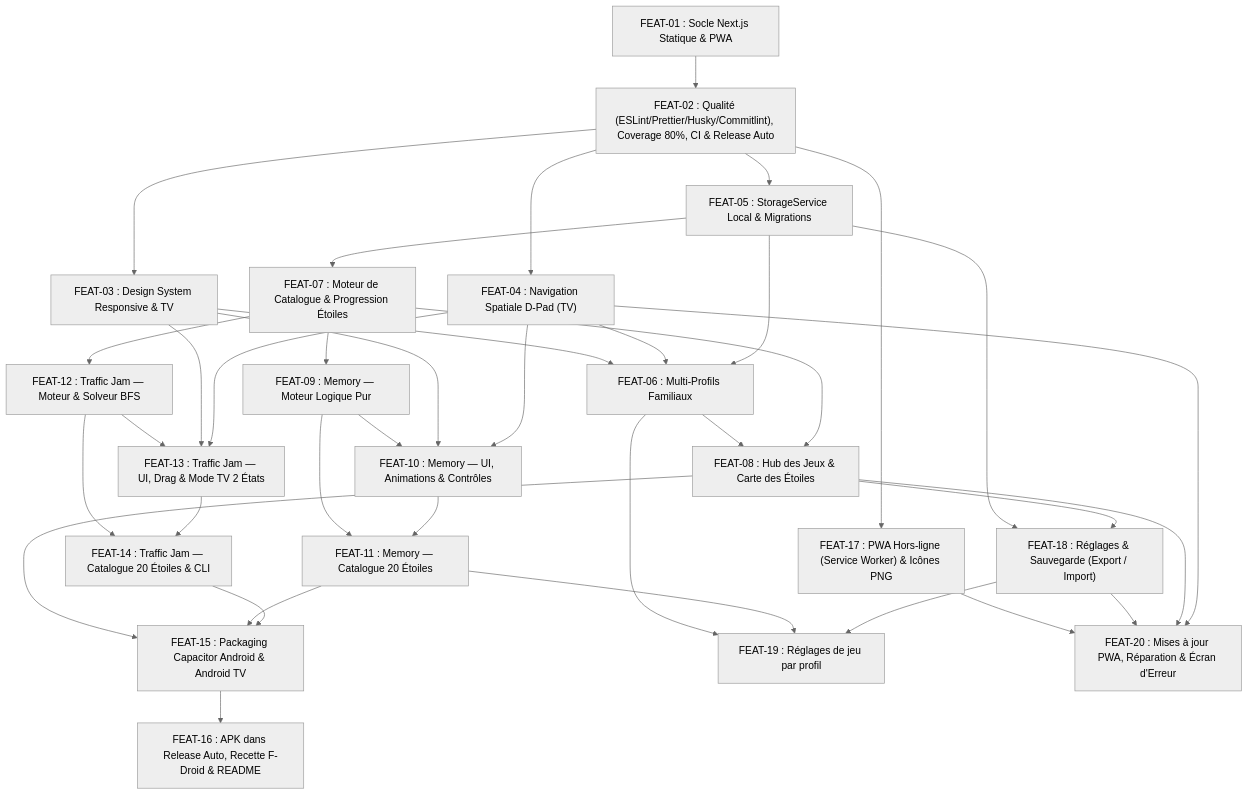
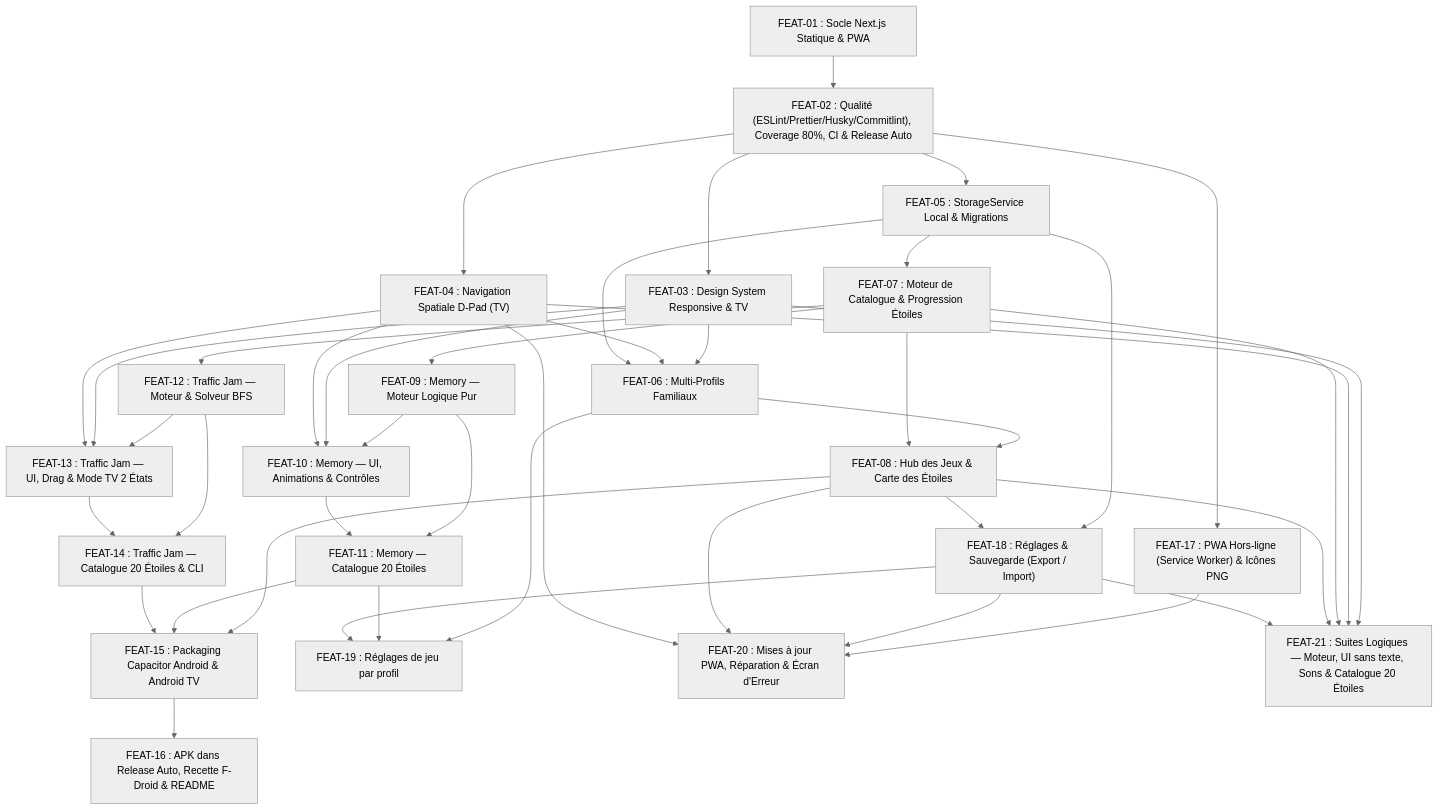
One commit to youtix/mia changed the third of 3 diagrams in docs/SPECIFICATION.md. Above: the diagram before and after it, drawn with Mermaid (neutral theme). The commit also changed other lines of this file and 49 other files, not shown here.

````diff
--- a/docs/SPECIFICATION.md
+++ b/docs/SPECIFICATION.md
@@ -307,48 +354,54 @@
 ```mermaid
 flowchart TD
     F01["FEAT-01 : Socle Next.js Statique & PWA"] --> F02["FEAT-02 : Qualité (ESLint/Prettier/Husky/Commitlint), Coverage 80%, CI & Release Auto"]
     F02 --> F03["FEAT-03 : Design System Responsive & TV"]
     F02 --> F04["FEAT-04 : Navigation Spatiale D-Pad (TV)"]
     F02 --> F05["FEAT-05 : StorageService Local & Migrations"]
 
     F03 --> F06["FEAT-06 : Multi-Profils Familiaux"]
     F04 --> F06
     F05 --> F06
 
     F05 --> F07["FEAT-07 : Moteur de Catalogue & Progression Étoiles"]
     F06 --> F08["FEAT-08 : Hub des Jeux & Carte des Étoiles"]
     F07 --> F08
 
     F07 --> F09["FEAT-09 : Memory — Moteur Logique Pur"]
     F09 --> F10["FEAT-10 : Memory — UI, Animations & Contrôles"]
     F03 --> F10
     F04 --> F10
     F09 --> F11["FEAT-11 : Memory — Catalogue 20 Étoiles"]
     F10 --> F11
 
     F07 --> F12["FEAT-12 : Traffic Jam — Moteur & Solveur BFS"]
     F12 --> F13["FEAT-13 : Traffic Jam — UI, Drag & Mode TV 2 États"]
     F03 --> F13
     F04 --> F13
     F12 --> F14["FEAT-14 : Traffic Jam — Catalogue 20 Étoiles & CLI"]
     F13 --> F14
 
     F08 --> F15["FEAT-15 : Packaging Capacitor Android & Android TV"]
     F11 --> F15
     F14 --> F15
     F15 --> F16["FEAT-16 : APK dans Release Auto, Recette F-Droid & README"]
 
     F02 --> F17["FEAT-17 : PWA Hors-ligne (Service Worker) & Icônes PNG"]
 
     F05 --> F18["FEAT-18 : Réglages & Sauvegarde (Export / Import)"]
     F08 --> F18
 
     F06 --> F19["FEAT-19 : Réglages de jeu par profil"]
     F11 --> F19
     F18 --> F19
 
     F17 --> F20["FEAT-20 : Mises à jour PWA, Réparation & Écran d'Erreur"]
     F18 --> F20
     F08 --> F20
     F04 --> F20
+
+    F03 --> F21["FEAT-21 : Suites Logiques — Moteur, UI sans texte, Sons & Catalogue 20 Étoiles"]
+    F04 --> F21
+    F07 --> F21
+    F08 --> F21
+    F18 --> F21
 ```
````
